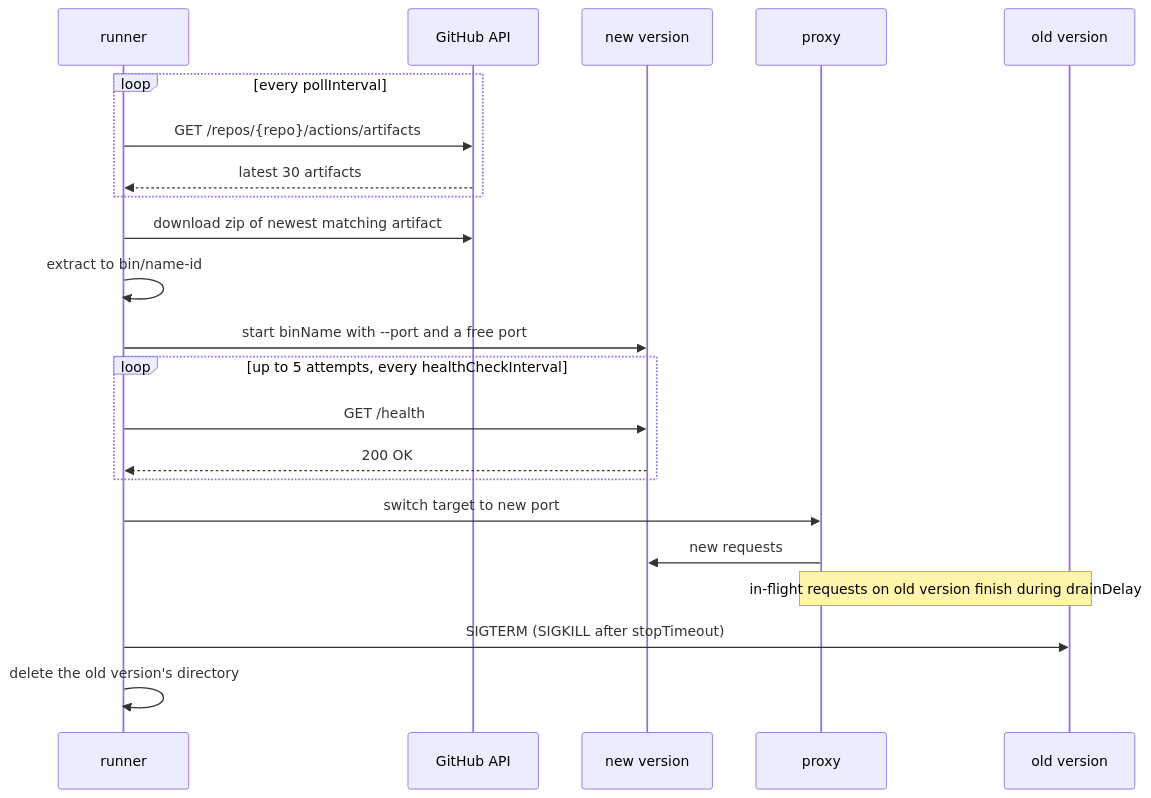
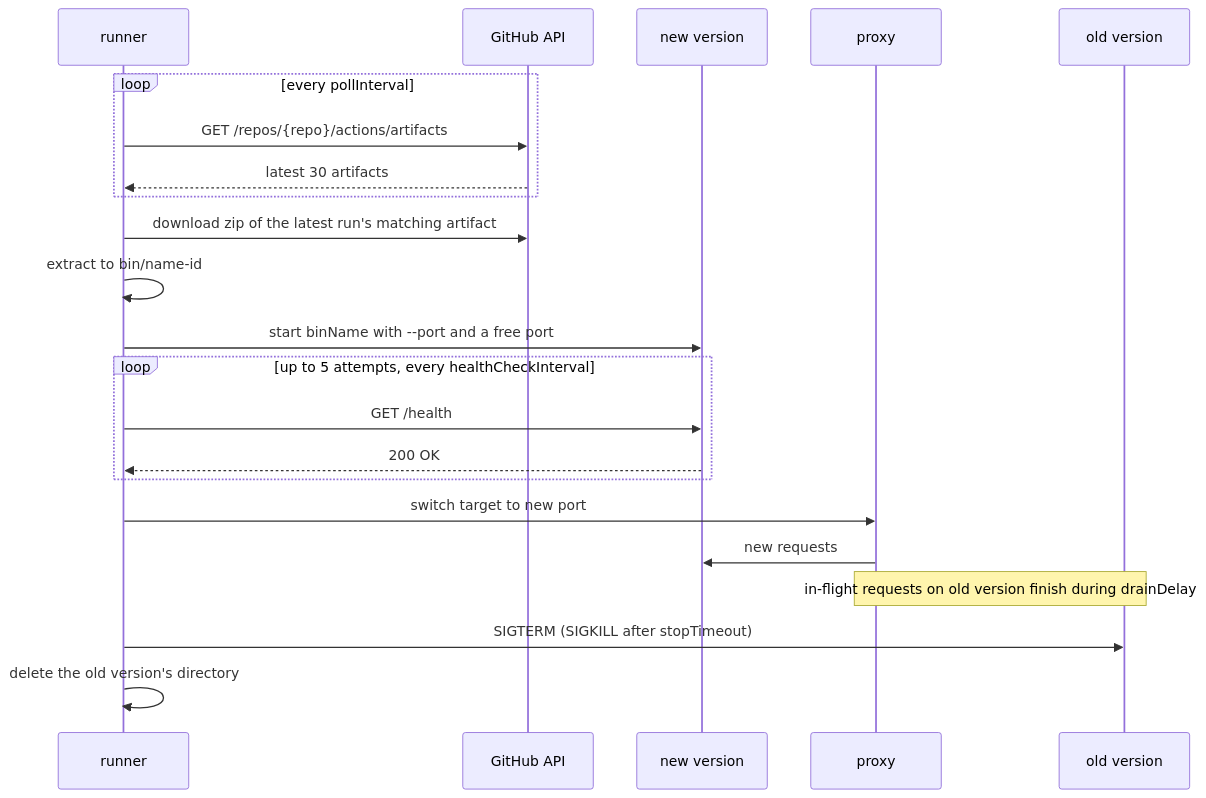
One commit to hesenger/runner changed the diagram in README.md. Above: the diagram before and after it, drawn with Mermaid. The commit also changed other lines of this file and 4 other files, not shown here.

Commit message:
Deploy the artifact of the latest workflow run, not the first one listed (#20)

````diff
--- a/README.md
+++ b/README.md
@@ -29,25 +29,25 @@
 ```mermaid
 sequenceDiagram
     participant R as runner
     participant G as GitHub API
     participant N as new version
     participant P as proxy
     participant O as old version
 
     loop every pollInterval
         R->>G: GET /repos/{repo}/actions/artifacts
         G-->>R: latest 30 artifacts
     end
-    R->>G: download zip of newest matching artifact
+    R->>G: download zip of the latest run's matching artifact
     R->>R: extract to bin/name-id
     R->>N: start binName with --port and a free port
     loop up to 5 attempts, every healthCheckInterval
         R->>N: GET /health
         N-->>R: 200 OK
     end
     R->>P: switch target to new port
     P->>N: new requests
     Note over P,O: in-flight requests on old version finish during drainDelay
     R->>O: SIGTERM (SIGKILL after stopTimeout)
     R->>R: delete the old version's directory
 ```
````
